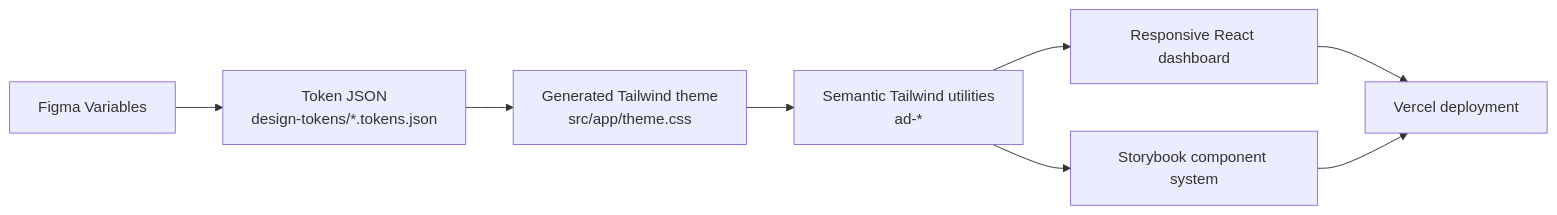
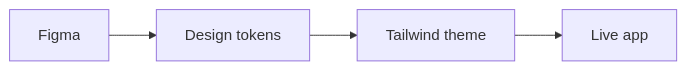
The diagram in README.md (mundizzle/code-sample), drawn with Mermaid before and after one commit. The commit also changed other lines of this file, not shown here.

````diff
--- a/README.md
+++ b/README.md
@@ -20,15 +32,9 @@
 ```mermaid
 flowchart LR
-  figma["Figma Variables"]
-  tokens["Token JSON<br/>design-tokens/*.tokens.json"]
-  theme["Generated Tailwind theme<br/>src/app/theme.css"]
-  ui["Semantic Tailwind utilities<br/>ad-*"]
-  app["Responsive React dashboard"]
-  storybook["Storybook component system"]
-  deploy["Vercel deployment"]
+  figma["Figma"]
+  tokens["Design tokens"]
+  theme["Tailwind theme"]
+  app["Live app"]
 
-  figma --> tokens --> theme --> ui --> app
-  ui --> storybook
-  app --> deploy
-  storybook --> deploy
+  figma --> tokens --> theme --> app
 ```
````
